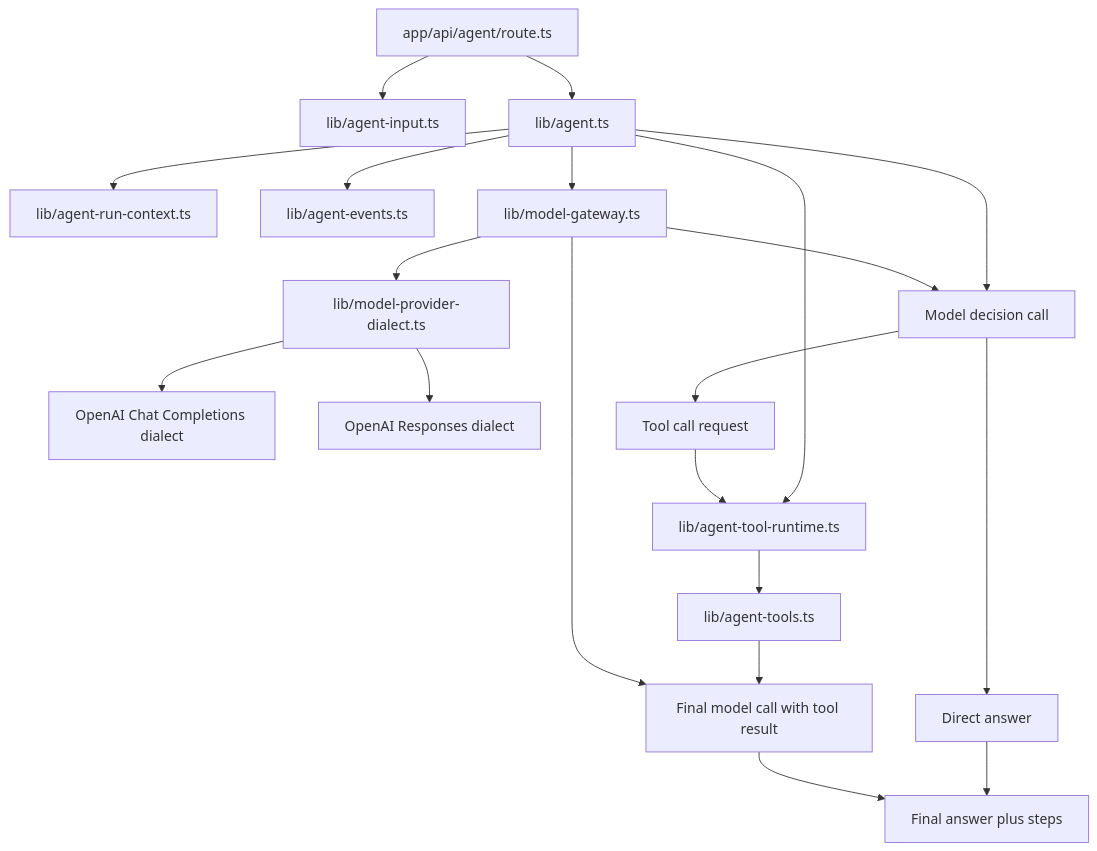
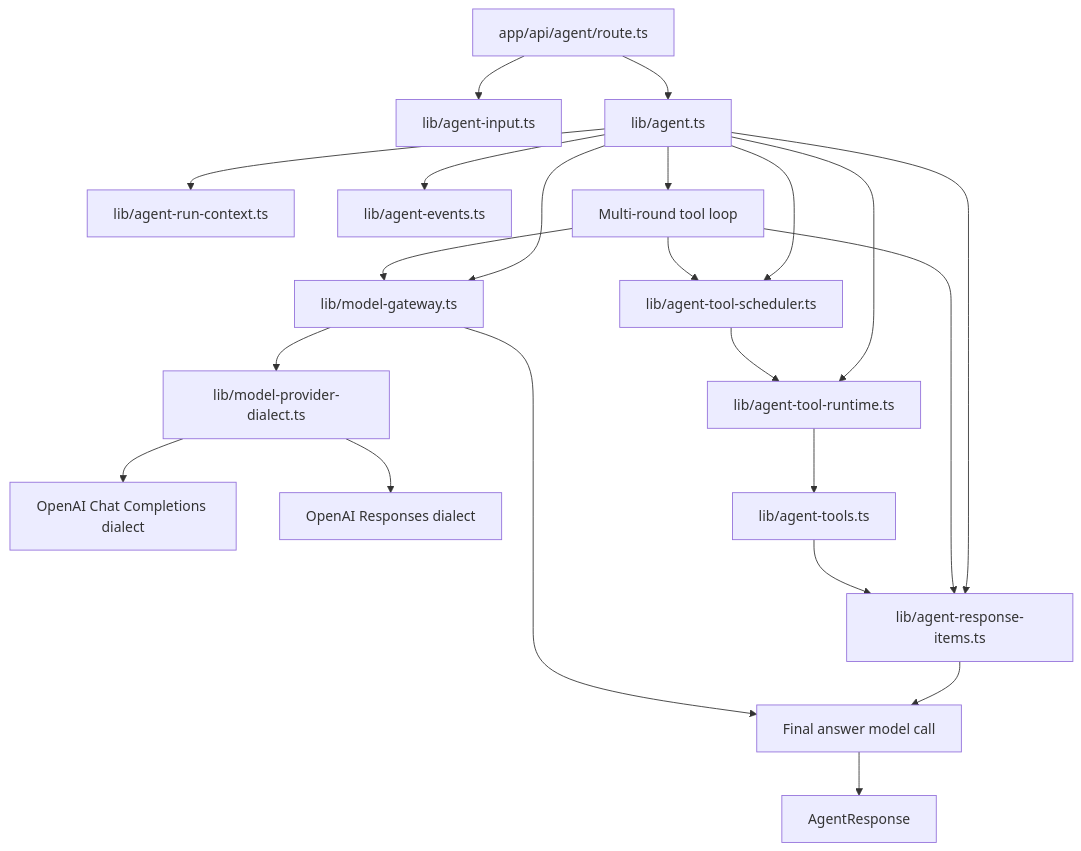
The second of 3 diagrams in docs/architecture.md (Liang-HZ/inspectable-agent-harness), drawn with Mermaid before and after one commit. The commit also changed other lines of this file and 8 other files, not shown here.

Commit message:
Add agent runtime spine

````diff
--- a/docs/architecture.md
+++ b/docs/architecture.md
@@ -427,22 +430,24 @@
 ```mermaid
 flowchart TD
   AgentRoute[app/api/agent/route.ts] --> AgentInput[lib/agent-input.ts]
   AgentRoute --> AgentService[lib/agent.ts]
   AgentService --> RunContext[lib/agent-run-context.ts]
   AgentService --> AgentEvents[lib/agent-events.ts]
+  AgentService --> ResponseItems[lib/agent-response-items.ts]
   AgentService --> ModelGateway[lib/model-gateway.ts]
   ModelGateway --> ModelDialect[lib/model-provider-dialect.ts]
   ModelDialect --> ChatDialect[OpenAI Chat Completions dialect]
   ModelDialect --> ResponsesDialect[OpenAI Responses dialect]
+  AgentService --> ToolScheduler[lib/agent-tool-scheduler.ts]
   AgentService --> ToolRuntime[lib/agent-tool-runtime.ts]
-  AgentService --> DecisionCall[Model decision call]
-  ModelGateway --> DecisionCall
-  DecisionCall --> DirectAnswer[Direct answer]
-  DecisionCall --> ToolCall[Tool call request]
-  ToolCall --> ToolRuntime
+  AgentService --> ToolLoop[Multi-round tool loop]
+  ToolLoop --> ResponseItems
+  ToolLoop --> ModelGateway
+  ToolLoop --> ToolScheduler
+  ToolScheduler --> ToolRuntime
   ToolRuntime --> AgentTools[lib/agent-tools.ts]
-  AgentTools --> FinalCall[Final model call with tool result]
+  AgentTools --> ResponseItems
+  ResponseItems --> FinalCall[Final answer model call]
   ModelGateway --> FinalCall
-  DirectAnswer --> AgentResponse[Final answer plus steps]
   FinalCall --> AgentResponse
 ```
````
